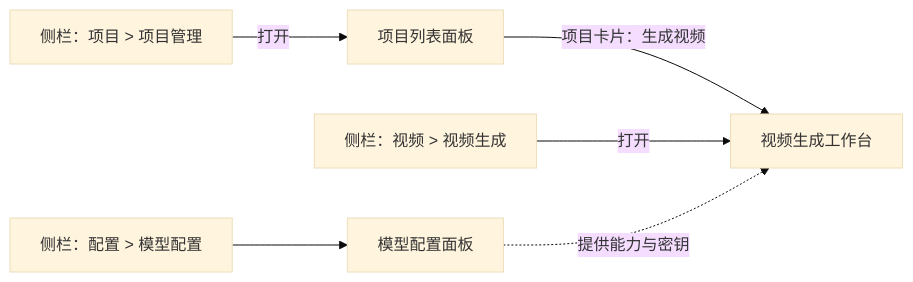
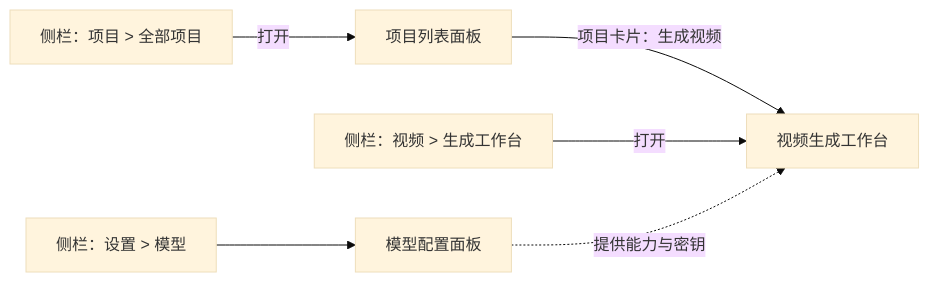
Before and after one commit to sengbin/ai-video-studio: the eighth of 8 diagrams in doc/ARCHITECTURE.md, drawn with Mermaid (base theme). The commit also changed other lines of this file and 2 other files, not shown here.

````diff
--- a/doc/ARCHITECTURE.md
+++ b/doc/ARCHITECTURE.md
@@ -378,8 +395,8 @@
 ```mermaid
 flowchart LR
-  SBP["侧栏：项目 > 项目管理"] -->|"打开"| PML["项目列表面板"]
+  SBP["侧栏：项目 > 全部项目"] -->|"打开"| PML["项目列表面板"]
   PML -->|"项目卡片：生成视频"| WB["视频生成工作台"]
-  SBV["侧栏：视频 > 视频生成"] -->|"打开"| WB
-  SBM["侧栏：配置 > 模型配置"] --> MC["模型配置面板"]
+  SBV["侧栏：视频 > 生成工作台"] -->|"打开"| WB
+  SBM["侧栏：设置 > 模型"] --> MC["模型配置面板"]
   MC -.->|"提供能力与密钥"| WB
 ```
````
